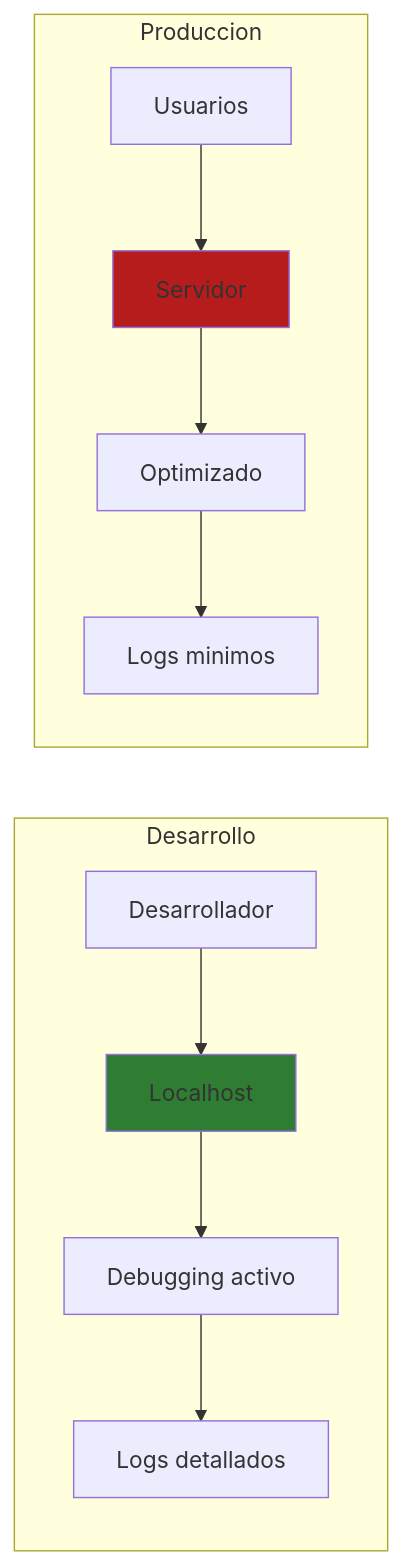
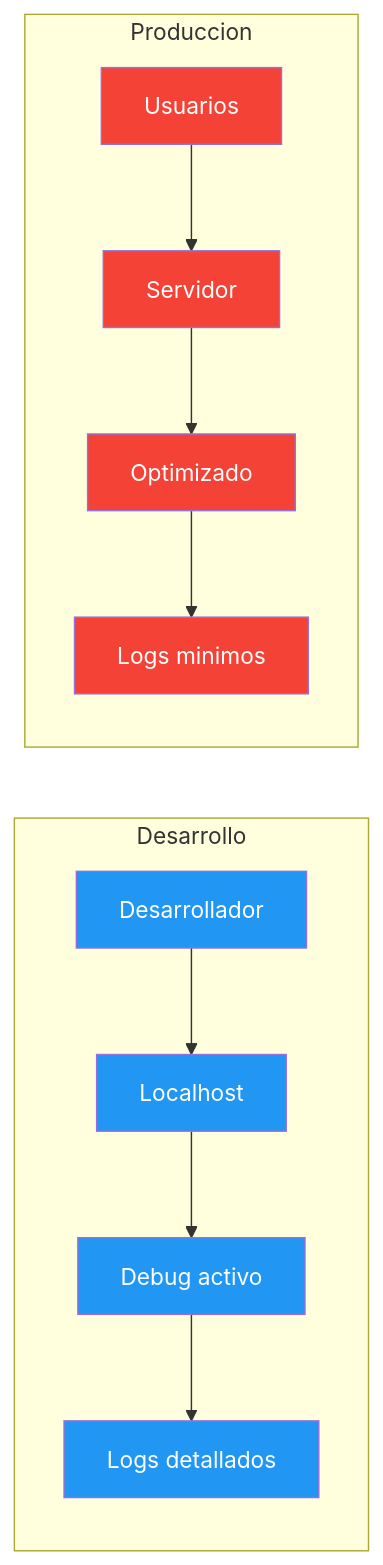
One commit to joseluisgs/DesarrolloWebEntornosServidor-02-2026-2027 changed the first of 2 diagrams in 25-perfiles.md. Above: the diagram before and after it, drawn with Mermaid. The commit also changed other lines of this file and 5 other files, not shown here.

````diff
--- a/25-perfiles.md
+++ b/25-perfiles.md
@@ -45,17 +40,23 @@
 ```mermaid
 flowchart LR
     subgraph "Desarrollo"
         A1[Desarrollador] --> A2[Localhost]
-        A2 --> A3[Debugging activo]
+        A2 --> A3[Debug activo]
         A3 --> A4[Logs detallados]
     end
-    
+
     subgraph "Produccion"
         B1[Usuarios] --> B2[Servidor]
         B2 --> B3[Optimizado]
         B3 --> B4[Logs minimos]
     end
-    
-    style A2 fill:#2E7D32
-    style B2 fill:#B71C1C
+
+    style A1 fill:#2196F3,color:#fff
+    style A2 fill:#2196F3,color:#fff
+    style A3 fill:#2196F3,color:#fff
+    style A4 fill:#2196F3,color:#fff
+    style B1 fill:#f44336,color:#fff
+    style B2 fill:#f44336,color:#fff
+    style B3 fill:#f44336,color:#fff
+    style B4 fill:#f44336,color:#fff
 ```
````
